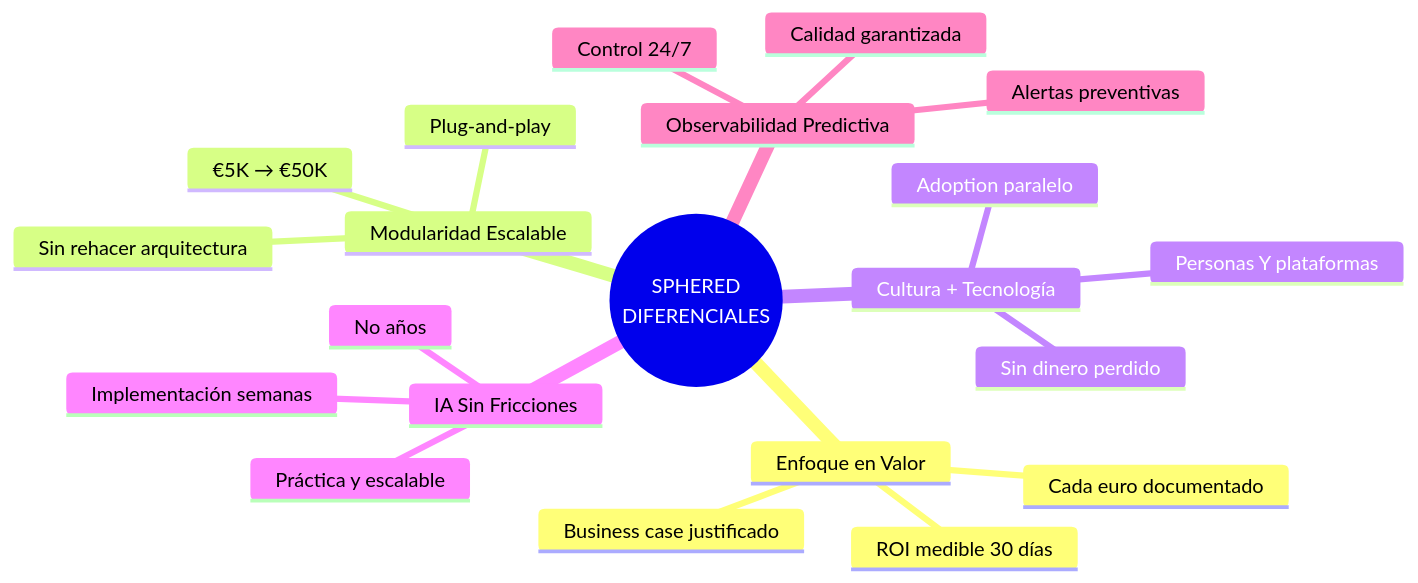
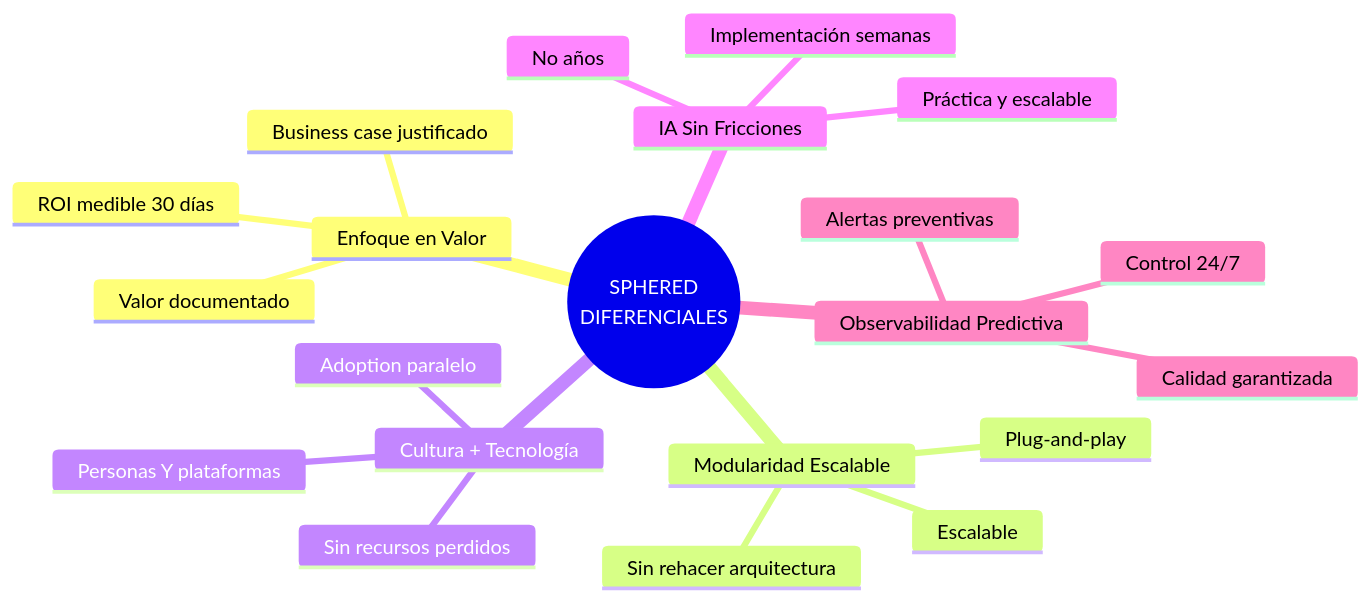
Diagram 14 of 17 in OFFERING.md (arielmmdx/offering), drawn with Mermaid before and after one commit. The commit also changed other lines of this file, not shown here.

````diff
--- a/OFFERING.md
+++ b/OFFERING.md
@@ -587,24 +586,24 @@
 ```mermaid
 mindmap
   root((SPHERED<br/>DIFERENCIALES))
     Enfoque en Valor
       ROI medible 30 días
       Business case justificado
-      Cada euro documentado
+      Valor documentado
     Modularidad Escalable
       Plug-and-play
-      €5K → €50K
+      Escalable
       Sin rehacer arquitectura
     Cultura + Tecnología
       Personas Y plataformas
       Adoption paralelo
-      Sin dinero perdido
+      Sin recursos perdidos
     IA Sin Fricciones
       Implementación semanas
       No años
       Práctica y escalable
     Observabilidad Predictiva
       Alertas preventivas
       Control 24/7
       Calidad garantizada
 ```
````
